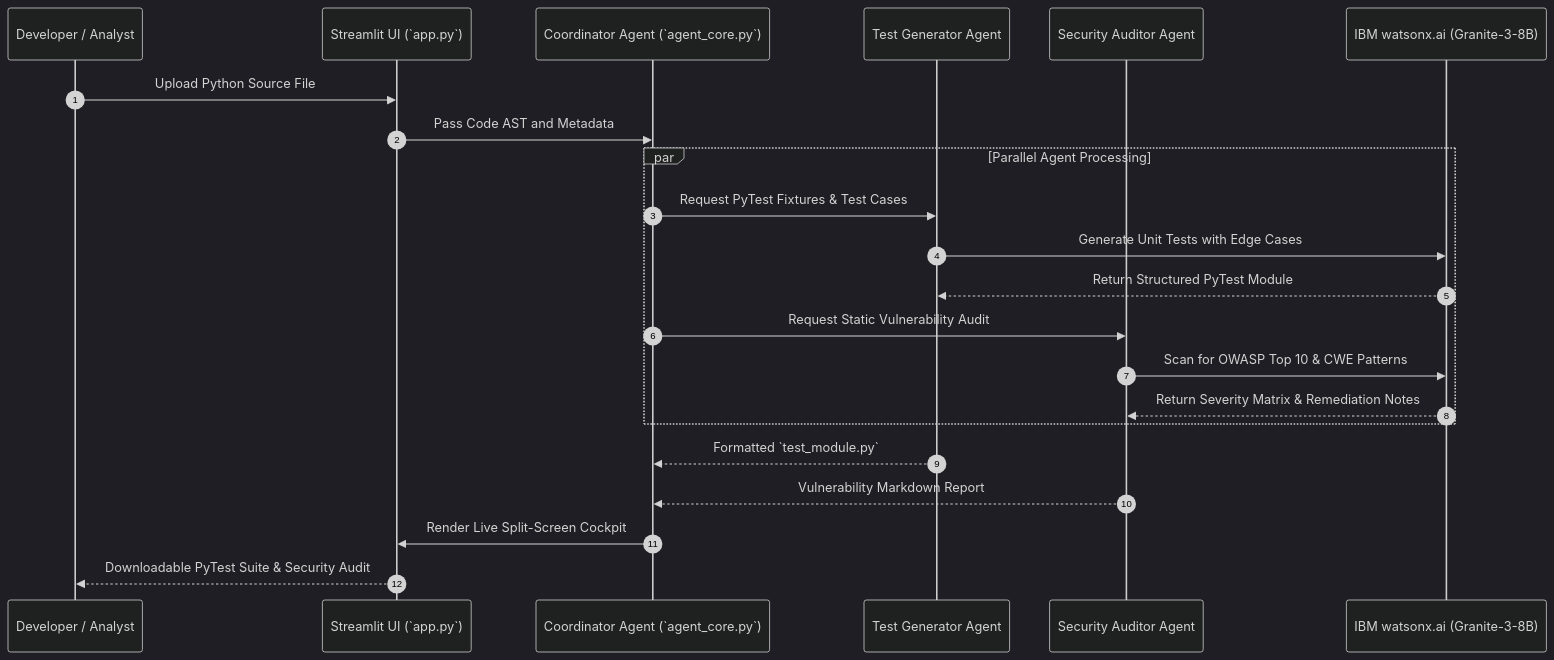
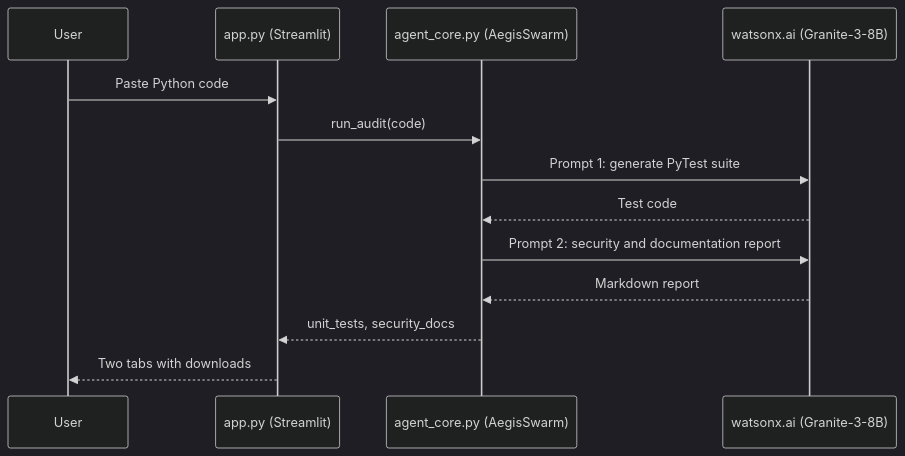
One commit to HamzaKhanBUIC/Aegis-QA changed the diagram in README.md. Above: the diagram before and after it, drawn with Mermaid (dark theme). The commit also changed other lines of this file and 1 other file, not shown here.

Commit message:
docs: honest README — Aegis-QA (#1)

````diff
--- a/README.md
+++ b/README.md
@@ -26,26 +15,15 @@
 ```mermaid
 sequenceDiagram
-    autonumber
-    participant U as Developer / Analyst
-    participant UI as Streamlit UI (`app.py`)
-    participant C as Coordinator Agent (`agent_core.py`)
-    participant TG as Test Generator Agent
-    participant SA as Security Auditor Agent
-    participant LLM as IBM watsonx.ai (Granite-3-8B)
-
-    U->>UI: Upload Python Source File
-    UI->>C: Pass Code AST and Metadata
-    par Parallel Agent Processing
-        C->>TG: Request PyTest Fixtures & Test Cases
-        TG->>LLM: Generate Unit Tests with Edge Cases
-        LLM-->>TG: Return Structured PyTest Module
-        
-        C->>SA: Request Static Vulnerability Audit
-        SA->>LLM: Scan for OWASP Top 10 & CWE Patterns
-        LLM-->>SA: Return Severity Matrix & Remediation Notes
-    end
-    TG-->>C: Formatted `test_module.py`
-    SA-->>C: Vulnerability Markdown Report
-    C->>UI: Render Live Split-Screen Cockpit
-    UI-->>U: Downloadable PyTest Suite & Security Audit
+    participant U as User
+    participant UI as app.py (Streamlit)
+    participant C as agent_core.py (AegisSwarm)
+    participant L as watsonx.ai (Granite-3-8B)
+    U->>UI: Paste Python code
+    UI->>C: run_audit(code)
+    C->>L: Prompt 1: generate PyTest suite
+    L-->>C: Test code
+    C->>L: Prompt 2: security and documentation report
+    L-->>C: Markdown report
+    C-->>UI: unit_tests, security_docs
+    UI-->>U: Two tabs with downloads
 ```
````
